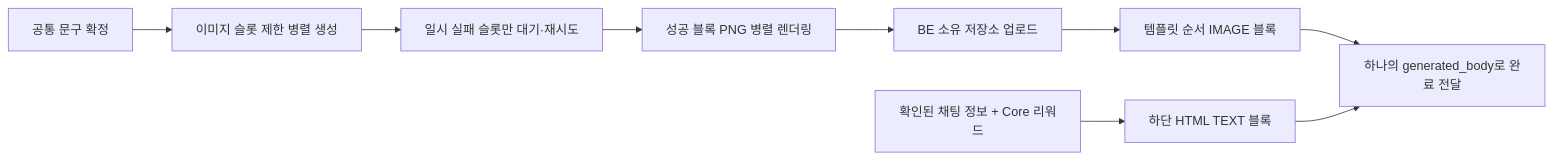
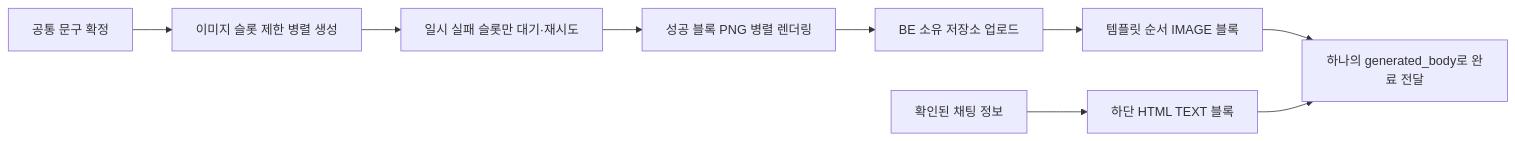
The fourth of 4 diagrams in docs/architecture.md (KT-Cloud-Tech-Up-team6/Fundit-AI-Funding-Story), drawn with Mermaid before and after one commit. The commit also changed other lines of this file and 4 other files, not shown here.

````diff
--- a/docs/architecture.md
+++ b/docs/architecture.md
@@ -147,11 +147,11 @@
 ```mermaid
 flowchart LR
     COPY[공통 문구 확정] --> IMG[이미지 슬롯 제한 병렬 생성]
     IMG --> RETRY[일시 실패 슬롯만 대기·재시도]
     RETRY --> PNG[성공 블록 PNG 병렬 렌더링]
     PNG --> UPLOAD[BE 소유 저장소 업로드]
     UPLOAD --> BODY[템플릿 순서 IMAGE 블록]
-    CHAT[확인된 채팅 정보 + Core 리워드] --> HTML[하단 HTML TEXT 블록]
+    CHAT[확인된 채팅 정보] --> HTML[하단 HTML TEXT 블록]
     BODY --> CALLBACK[하나의 generated_body로 완료 전달]
     HTML --> CALLBACK
 ```
````
